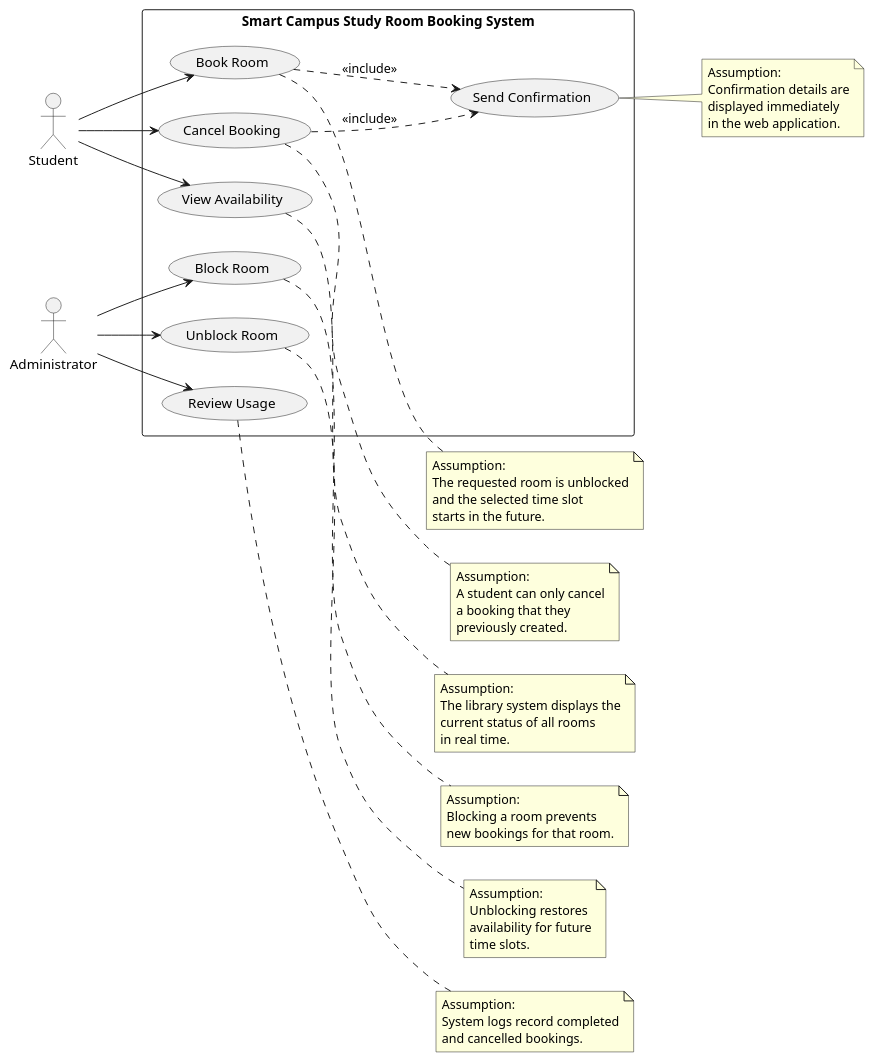
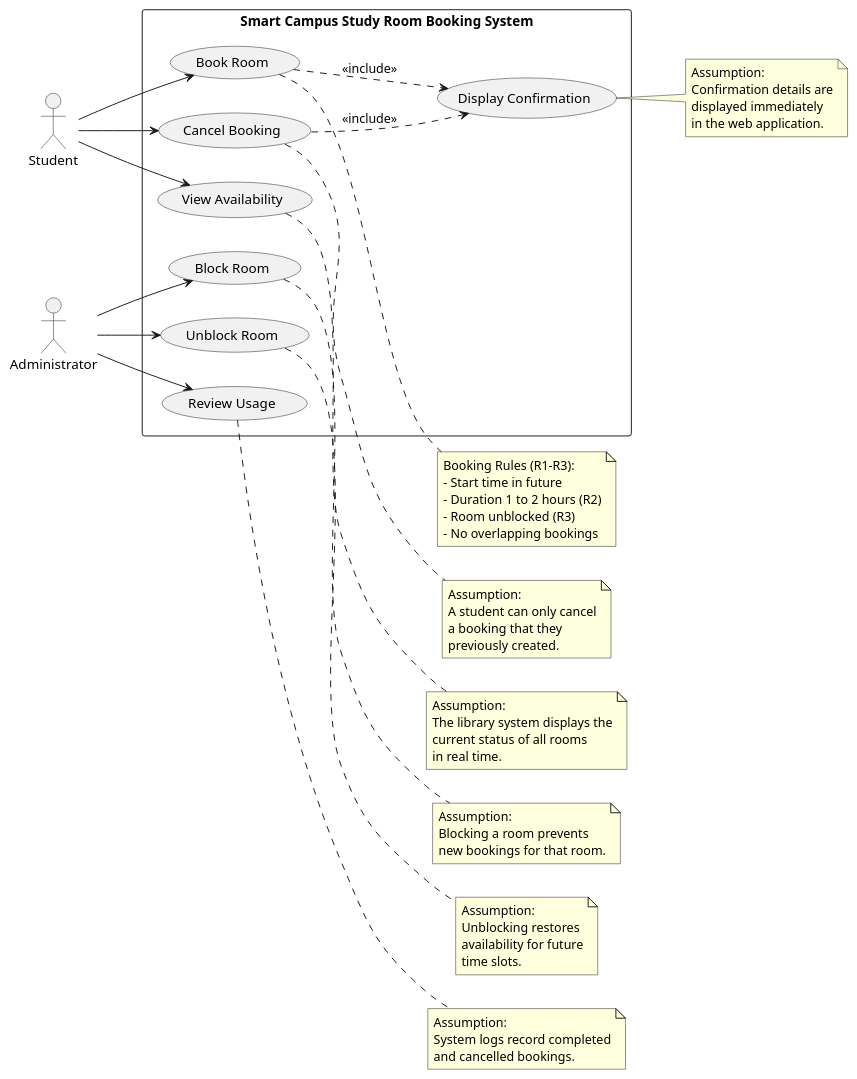
One commit to KabylDaryn/se-practice changed the diagram in week-04/models/use-case.puml. Above: the diagram before and after it, drawn with PlantUML. The commit also changed 2 other files, not shown here.

Commit message:
week-04: apply critique corrections to use-case, class, and sequence diagrams

```diff
--- a/week-04/models/use-case.puml
+++ b/week-04/models/use-case.puml
@@ -1,79 +1,80 @@
 @startuml
 left to right direction
 
 actor Student
 actor Administrator
 
 rectangle "Smart Campus Study Room Booking System" {
 
     usecase "View Availability" as UC1
     usecase "Book Room" as UC2
     usecase "Cancel Booking" as UC3
     usecase "Block Room" as UC4
     usecase "Unblock Room" as UC5
     usecase "Review Usage" as UC6
-    usecase "Send Confirmation" as UC7
+    usecase "Display Confirmation" as UC7
 }
 
 Student --> UC1
 Student --> UC2
 Student --> UC3
 
 Administrator --> UC4
 Administrator --> UC5
 Administrator --> UC6
 
-'why: R4 - A successful booking produces a confirmation
+'why: R4 - Successful booking produces an immediate confirmation
 UC2 ..> UC7 : <<include>>
 
-'why: US-03 - Confirmation sent upon successful cancellation
+'why: US-03 - Confirmation displayed upon successful cancellation
 UC3 ..> UC7 : <<include>>
 
 note right of UC1
 Assumption:
 The library system displays the
 current status of all rooms
 in real time.
 end note
 
 note right of UC2
-Assumption:
-The requested room is unblocked
-and the selected time slot
-starts in the future.
+Booking Rules (R1-R3):
+- Start time in future
+- Duration 1 to 2 hours (R2)
+- Room unblocked (R3)
+- No overlapping bookings
 end note
 
 note right of UC3
 Assumption:
 A student can only cancel
 a booking that they
 previously created.
 end note
 
 note right of UC4
 Assumption:
 Blocking a room prevents
 new bookings for that room.
 end note
 
 note right of UC5
 Assumption:
 Unblocking restores
 availability for future
 time slots.
 end note
 
 note right of UC6
 Assumption:
 System logs record completed
 and cancelled bookings.
 end note
 
 note right of UC7
 Assumption:
 Confirmation details are
 displayed immediately
 in the web application.
 end note
 
-@enduml 
+@enduml
```
